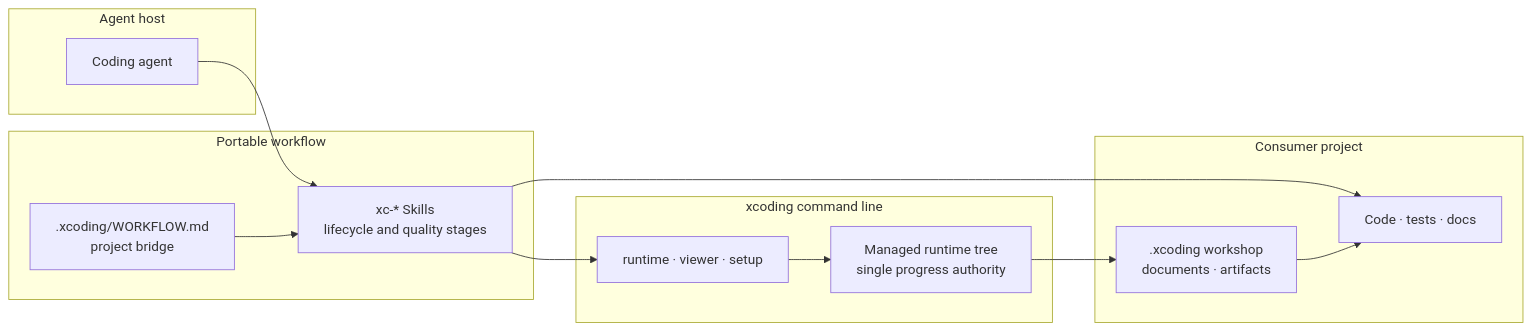
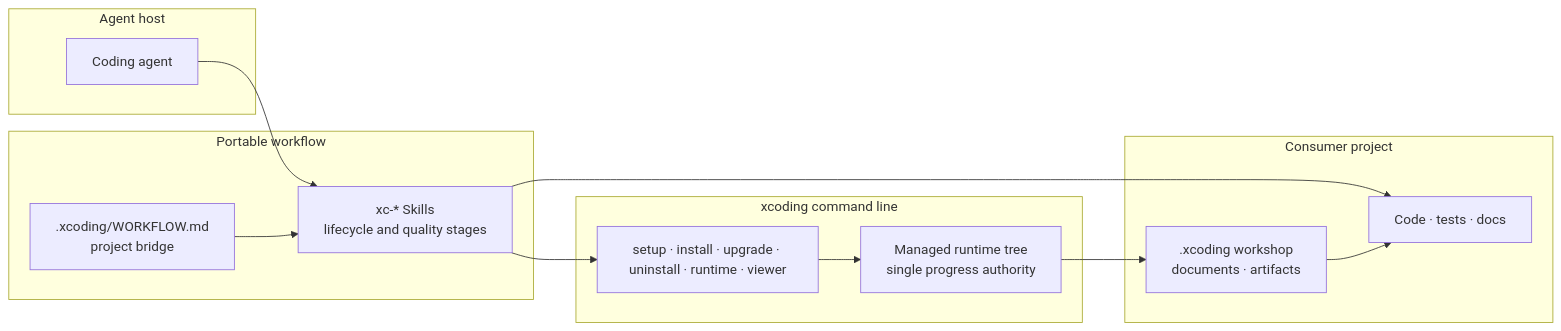
One commit to chengx-coding/xcoding-workflow changed the first of 3 diagrams in README.md. Above: the diagram before and after it, drawn with Mermaid. The commit also changed other lines of this file and 17 other files, not shown here.

Commit message:
Add unified install, upgrade, and uninstall lifecycle

````diff
--- a/README.md
+++ b/README.md
@@ -13,25 +13,25 @@
 ```mermaid
 flowchart LR
     subgraph host["Agent host"]
         agent["Coding agent"]
     end
     subgraph workflow["Portable workflow"]
         skills["xc-* Skills<br/>lifecycle and quality stages"]
         bridge[".xcoding/WORKFLOW.md<br/>project bridge"]
     end
     subgraph engine["xcoding command line"]
-        cli["runtime · viewer · setup"]
+        cli["setup · install · upgrade · uninstall · runtime · viewer"]
         tree["Managed runtime tree<br/>single progress authority"]
     end
     subgraph project["Consumer project"]
         code["Code · tests · docs"]
         record[".xcoding workshop<br/>documents · artifacts"]
     end
     agent --> skills
     bridge --> skills
     skills --> cli
     cli --> tree
     tree --> record
     skills --> code
     record --> code
 ```
````
